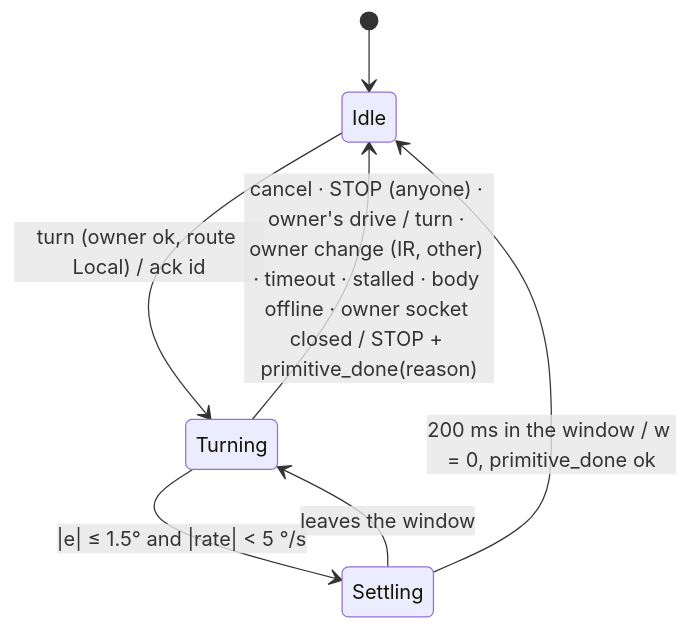
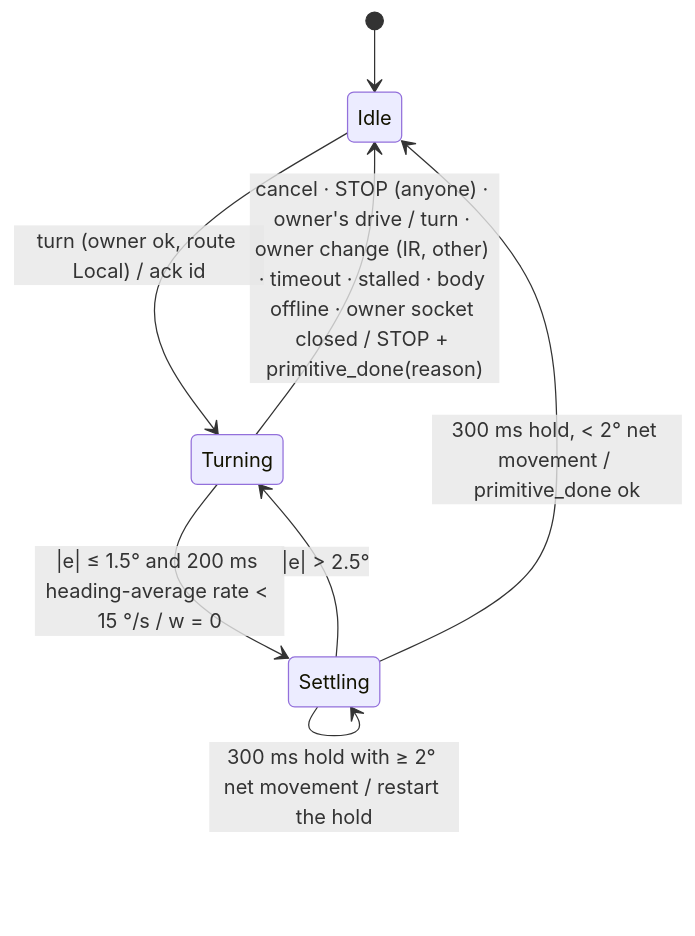
One commit to mannuray/conqueror changed diagram 22 of 23 in docs/lld/esp32-bridge-lld.md. Above: the diagram before and after it, drawn with Mermaid. The commit also changed other lines of this file and 3 other files, not shown here.

Commit message:
fix(esp32): drive_rate ends stalled at full power with no turn (final review I1, LLD R4.17); R4.3 diagram matches R4.16

````diff
--- a/docs/lld/esp32-bridge-lld.md
+++ b/docs/lld/esp32-bridge-lld.md
@@ -857,9 +857,10 @@
 ```mermaid
 stateDiagram-v2
   [*] --> Idle
   Idle --> Turning: turn (owner ok, route Local) / ack id
-  Turning --> Settling: |e| ≤ 1.5° and |rate| < 5 °/s
-  Settling --> Turning: leaves the window
-  Settling --> Idle: 200 ms in the window / w = 0, primitive_done ok
+  Turning --> Settling: |e| ≤ 1.5° and 200 ms heading-average rate < 15 °/s / w = 0
+  Settling --> Turning: |e| > 2.5°
+  Settling --> Settling: 300 ms hold with ≥ 2° net movement / restart the hold
+  Settling --> Idle: 300 ms hold, < 2° net movement / primitive_done ok
   Turning --> Idle: cancel · STOP (anyone) · owner's drive / turn · owner change (IR, other) · timeout · stalled · body offline · owner socket closed / STOP + primitive_done(reason)
 ```
````
